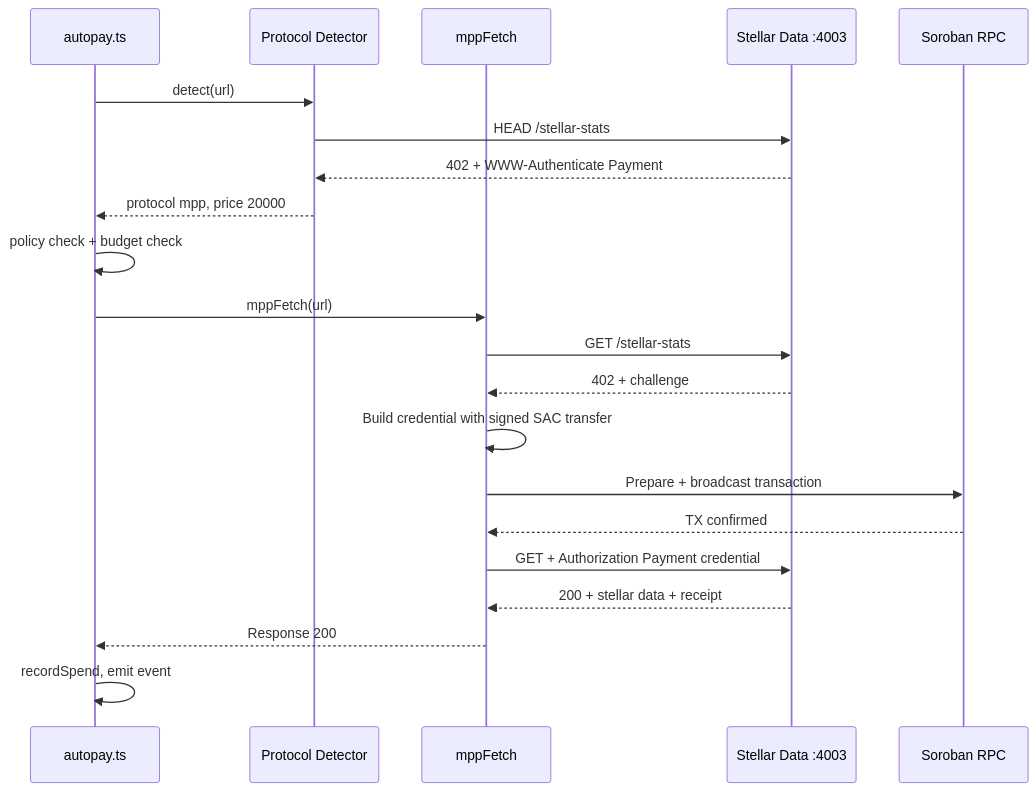
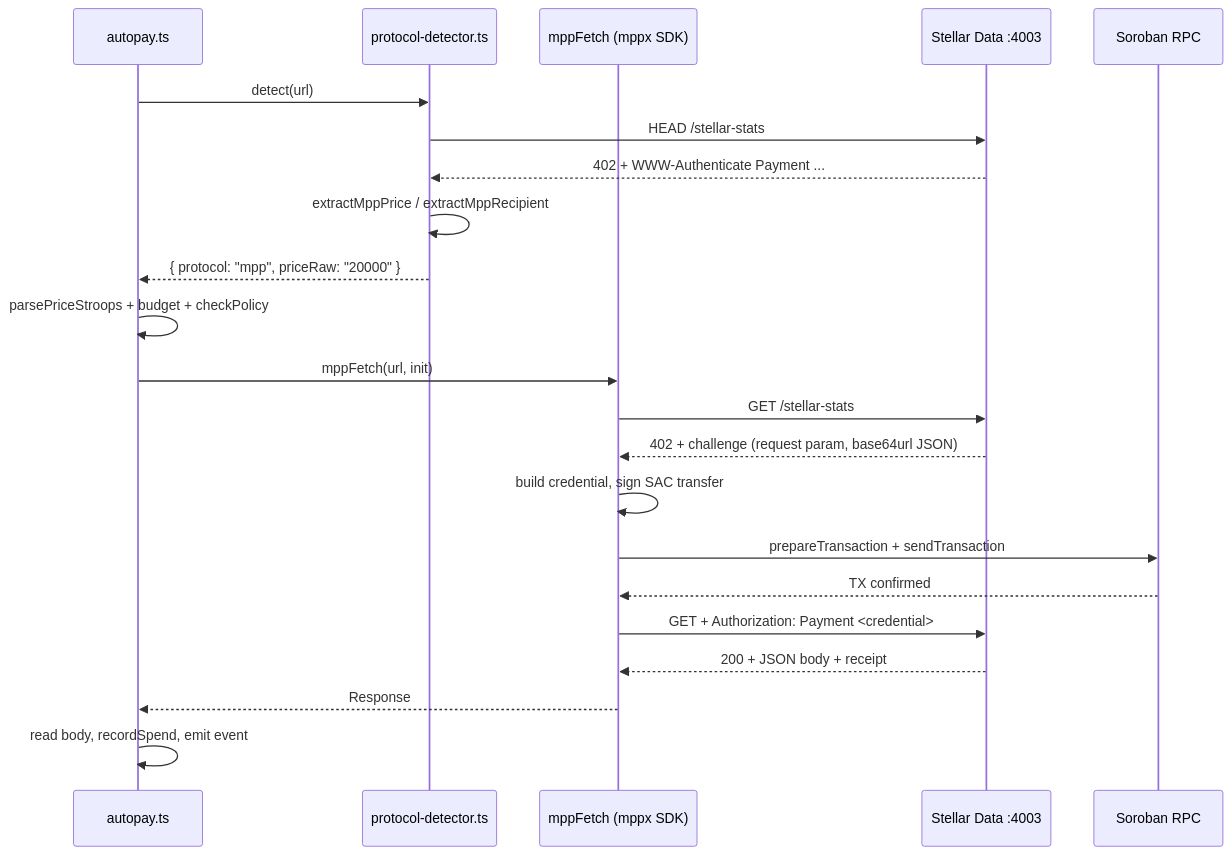
The third of 8 diagrams in ARCHITECTURE.md (Andy00L/x402-autopilot), drawn with Mermaid before and after one commit. The commit also changed other lines of this file and 90 other files, not shown here.

````diff
--- a/ARCHITECTURE.md
+++ b/ARCHITECTURE.md
@@ -129,27 +160,27 @@
 ```mermaid
 sequenceDiagram
     participant AP as autopay.ts
-    participant PD as Protocol Detector
-    participant MPP as mppFetch
+    participant PD as protocol-detector.ts
+    participant MPP as mppFetch (mppx SDK)
     participant API as Stellar Data :4003
     participant RPC as Soroban RPC
 
     AP->>PD: detect(url)
     PD->>API: HEAD /stellar-stats
-    API-->>PD: 402 + WWW-Authenticate Payment
-    PD-->>AP: protocol mpp, price 20000
+    API-->>PD: 402 + WWW-Authenticate Payment ...
+    PD->>PD: extractMppPrice / extractMppRecipient
+    PD-->>AP: { protocol: "mpp", priceRaw: "20000" }
 
-    AP->>AP: policy check + budget check
+    AP->>AP: parsePriceStroops + budget + checkPolicy
+    AP->>MPP: mppFetch(url, init)
+    MPP->>API: GET /stellar-stats
+    API-->>MPP: 402 + challenge (request param, base64url JSON)
+    MPP->>MPP: build credential, sign SAC transfer
+    MPP->>RPC: prepareTransaction + sendTransaction
+    RPC-->>MPP: TX confirmed
+    MPP->>API: GET + Authorization: Payment <credential>
+    API-->>MPP: 200 + JSON body + receipt
+    MPP-->>AP: Response
 
-    AP->>MPP: mppFetch(url)
-    MPP->>API: GET /stellar-stats
-    API-->>MPP: 402 + challenge
-    MPP->>MPP: Build credential with signed SAC transfer
-    MPP->>RPC: Prepare + broadcast transaction
-    RPC-->>MPP: TX confirmed
-    MPP->>API: GET + Authorization Payment credential
-    API-->>MPP: 200 + stellar data + receipt
-    MPP-->>AP: Response 200
-
-    AP->>AP: recordSpend, emit event
+    AP->>AP: read body, recordSpend, emit event
 ```
````
